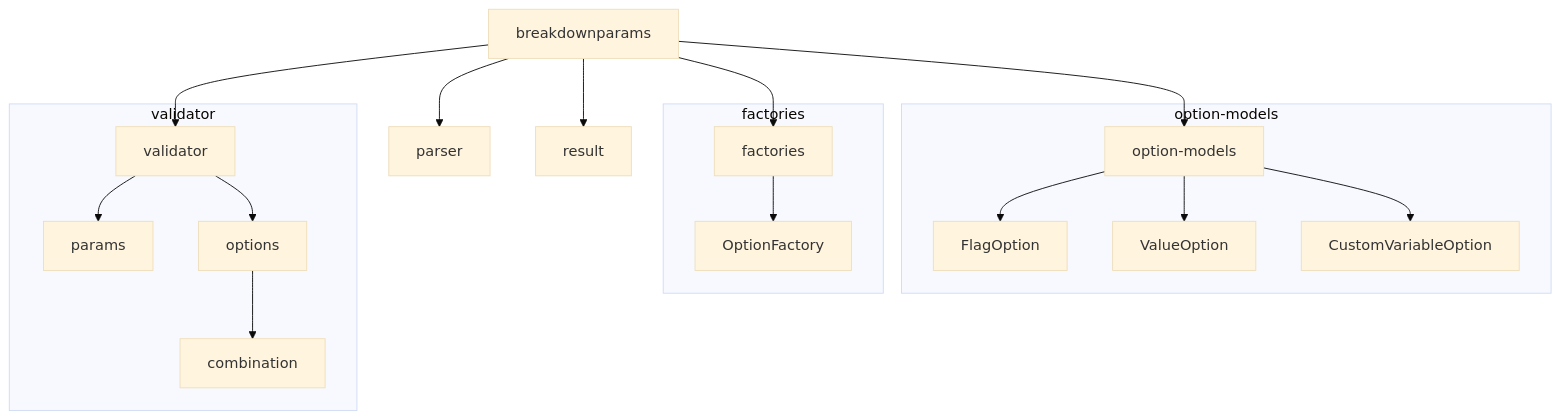
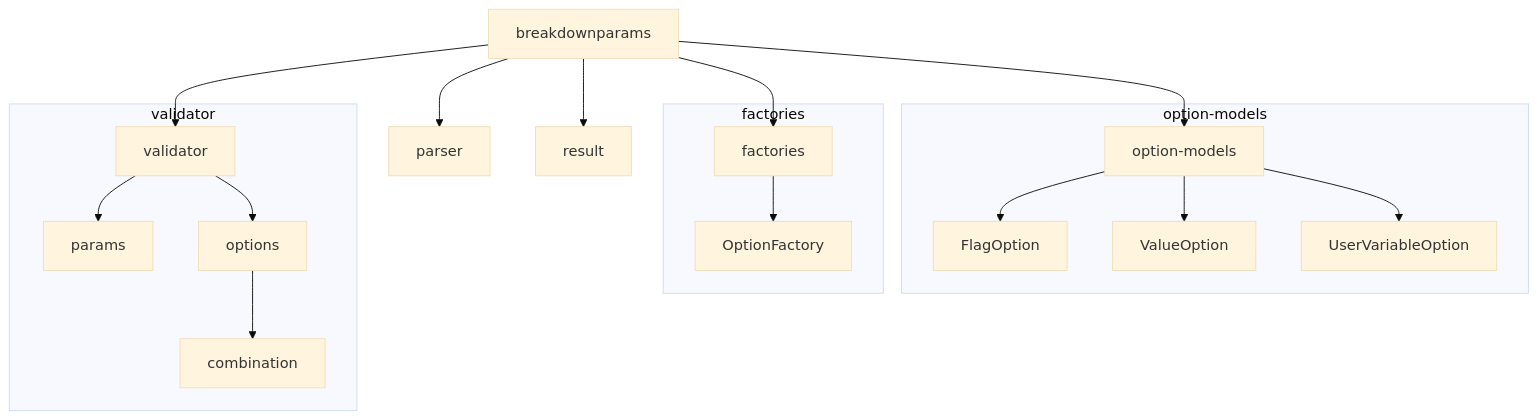
The seventh of 7 diagrams in docs/architecture/layer2_diagrams.ja.md (tettuan/breakdownparams), drawn with Mermaid (base theme) before and after one commit. The commit also changed other lines of this file and 75 other files, not shown here.

First line of the commit message:
refactor: Rename 'customVariables' to 'userVariables' throughout codebase

````diff
--- a/docs/architecture/layer2_diagrams.ja.md
+++ b/docs/architecture/layer2_diagrams.ja.md
@@ -235,24 +235,24 @@
 ```mermaid
 graph TD
     A[breakdownparams] --> B[parser]
     A --> C[validator]
     A --> D[option-models]
     A --> E[factories]
     A --> F[result]
     
     subgraph "option-models"
         D --> D1[FlagOption]
         D --> D2[ValueOption]
-        D --> D3[CustomVariableOption]
+        D --> D3[UserVariableOption]
     end
     
     subgraph "factories"
         E --> E1[OptionFactory]
     end
     
     subgraph "validator"
         C --> C1[params]
         C --> C2[options]
         C2 --> C3[combination]
     end
 ```
````
